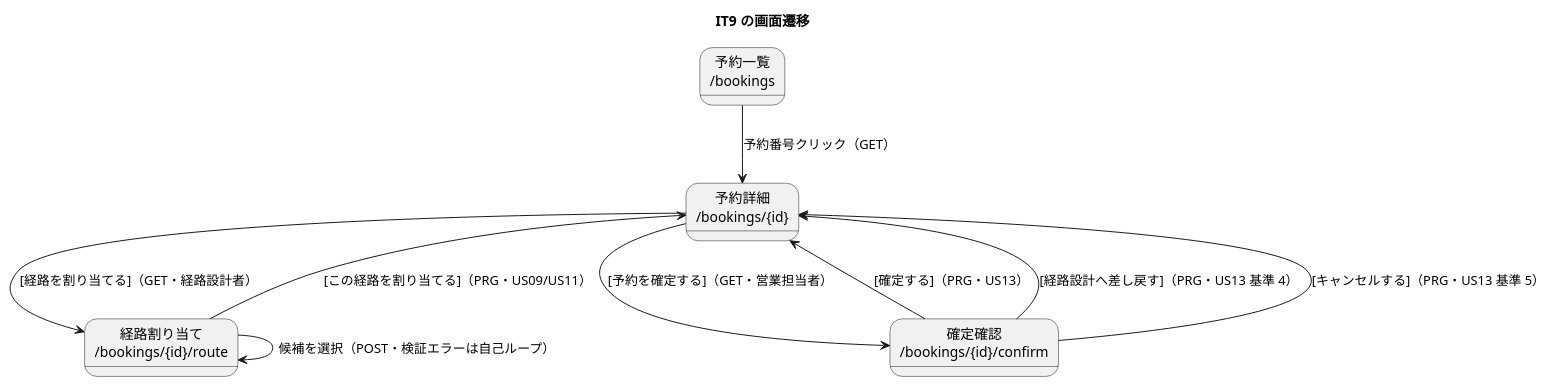
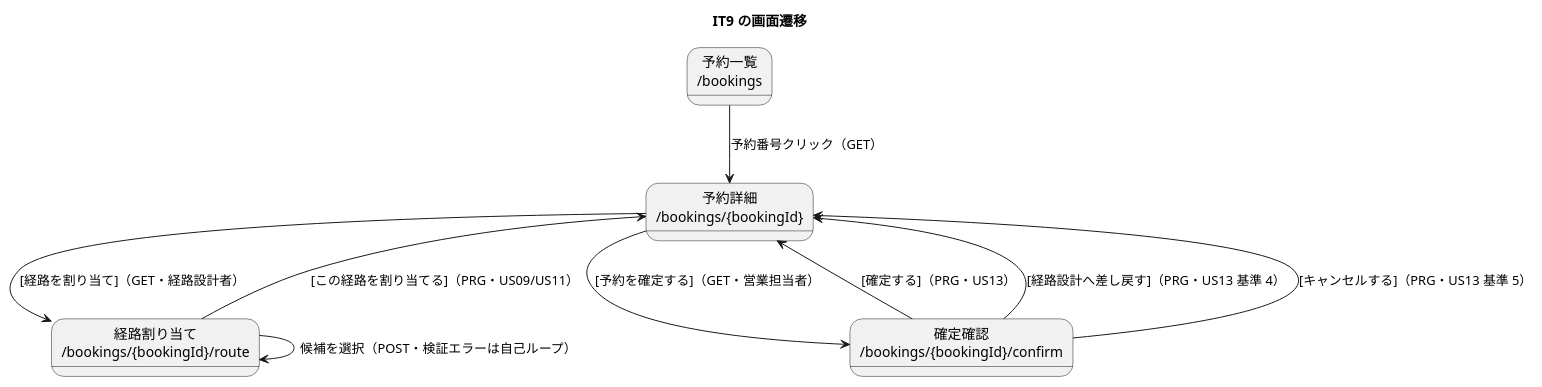
Before and after one commit to k2works/case-study-cargo-tracker: the fourth of 5 diagrams in docs/development/iteration_plan-9.md, drawn with PlantUML. The commit also changed other lines of this file and 4 other files, not shown here.

````diff
--- a/docs/development/iteration_plan-9.md
+++ b/docs/development/iteration_plan-9.md
@@ -371,19 +511,19 @@
 ```plantuml
 @startuml
 title IT9 の画面遷移
 
 state "予約一覧\n/bookings" as list
-state "予約詳細\n/bookings/{id}" as detail
-state "経路割り当て\n/bookings/{id}/route" as route
-state "確定確認\n/bookings/{id}/confirm" as confirm
+state "予約詳細\n/bookings/{bookingId}" as detail
+state "経路割り当て\n/bookings/{bookingId}/route" as route
+state "確定確認\n/bookings/{bookingId}/confirm" as confirm
 
 list --> detail : 予約番号クリック（GET）
-detail --> route : [経路を割り当てる]（GET・経路設計者）
+detail --> route : [経路を割り当て]（GET・経路設計者）
 route --> route : 候補を選択（POST・検証エラーは自己ループ）
 route --> detail : [この経路を割り当てる]（PRG・US09/US11）
 detail --> confirm : [予約を確定する]（GET・営業担当者）
 confirm --> detail : [確定する]（PRG・US13）
 confirm --> detail : [経路設計へ差し戻す]（PRG・US13 基準 4）
 confirm --> detail : [キャンセルする]（PRG・US13 基準 5）
 @enduml
 ```
````
